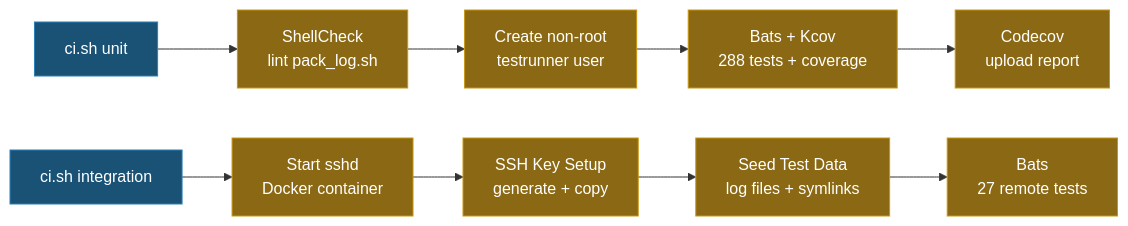
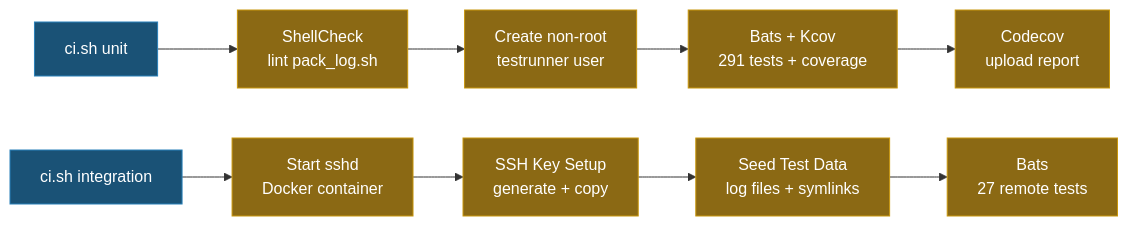
The diagram in TEST.md (ycpss91255/pack_log), drawn with Mermaid before and after one commit. The commit also changed other lines of this file and 8 other files, not shown here.

````diff
--- a/TEST.md
+++ b/TEST.md
@@ -85,15 +86,15 @@
 ```mermaid
 graph LR
     S["ci.sh unit"]:::entry --> SC["ShellCheck\nlint pack_log.sh"]:::step
     SC --> USER["Create non-root\ntestrunner user"]:::step
-    USER --> BT["Bats + Kcov\n288 tests + coverage"]:::step
+    USER --> BT["Bats + Kcov\n291 tests + coverage"]:::step
     BT --> CC["Codecov\nupload report"]:::step
 
     S2["ci.sh integration"]:::entry --> SSHD["Start sshd\nDocker container"]:::step
     SSHD --> KEY["SSH Key Setup\ngenerate + copy"]:::step
     KEY --> DATA["Seed Test Data\nlog files + symlinks"]:::step
     DATA --> IT["Bats\n27 remote tests"]:::step
 
     classDef entry fill:#1a5276,color:#fff,stroke:#2980b9
     classDef step fill:#8B6914,color:#fff,stroke:#c8960c
 ```
````
